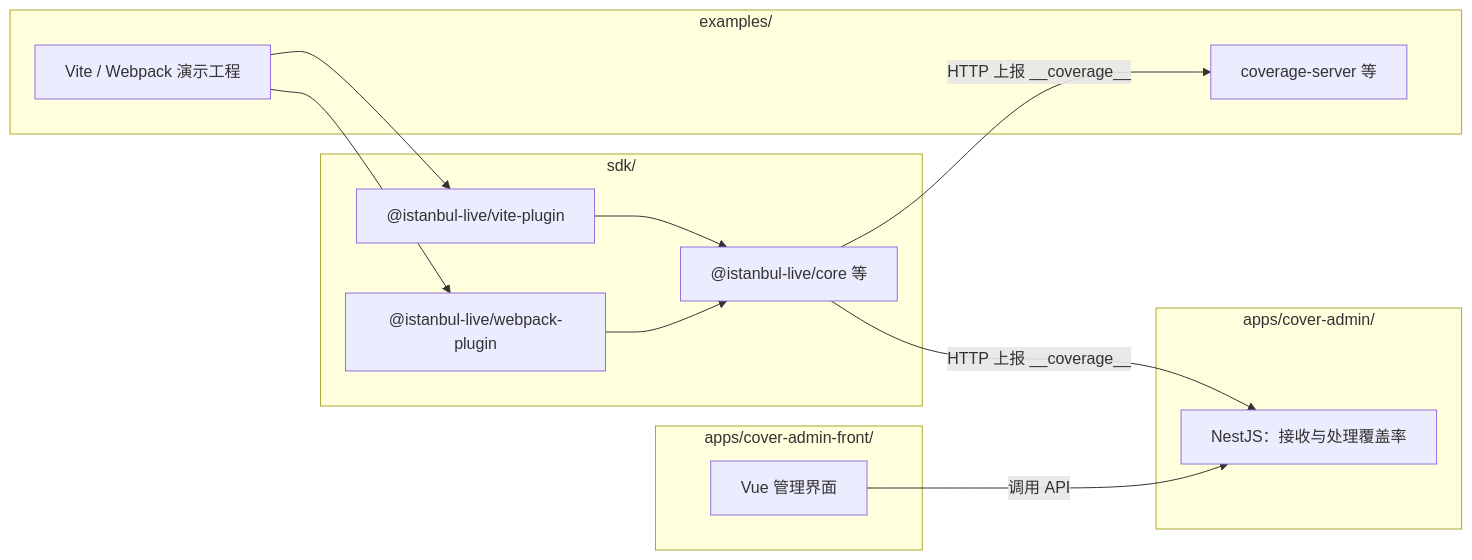
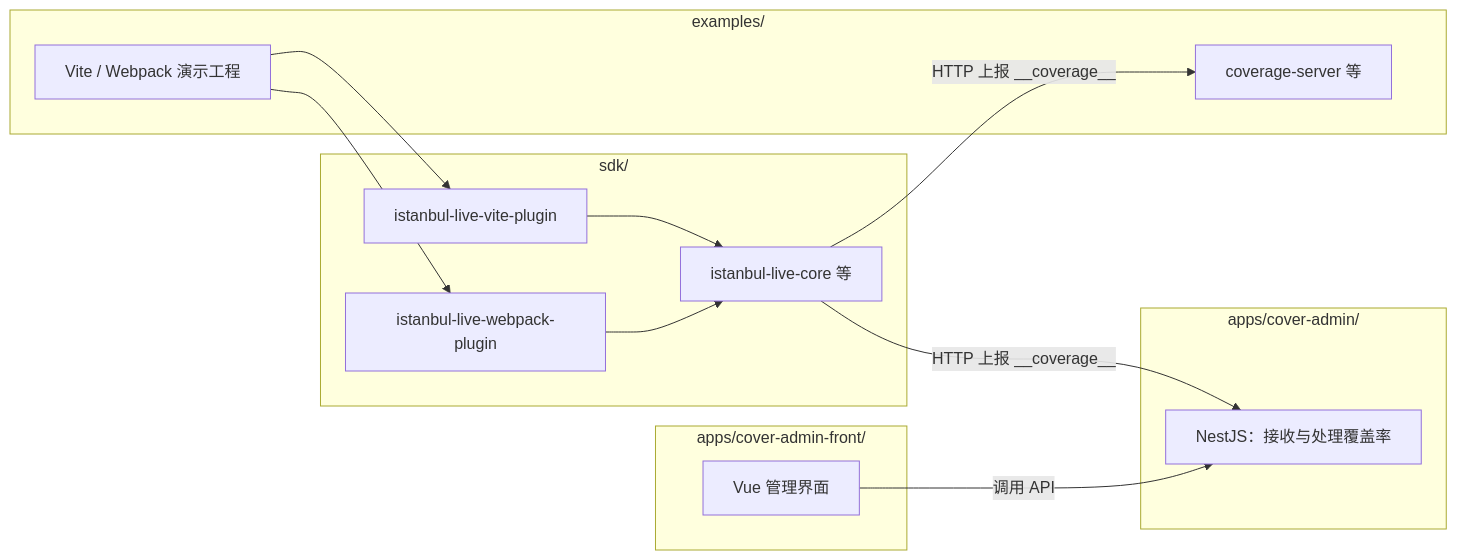
Before and after one commit to yangyusheng2018/cover-code: the diagram in docs/模块关系说明.md, drawn with Mermaid. The commit also changed other lines of this file and 19 other files, not shown here.

````diff
--- a/docs/模块关系说明.md
+++ b/docs/模块关系说明.md
@@ -7,29 +7,29 @@
 ```mermaid
 flowchart LR
   subgraph sdk["sdk/"]
-    VP["@istanbul-live/vite-plugin"]
-    WP["@istanbul-live/webpack-plugin"]
-    CORE["@istanbul-live/core 等"]
+    VP["istanbul-live-vite-plugin"]
+    WP["istanbul-live-webpack-plugin"]
+    CORE["istanbul-live-core 等"]
   end
 
   subgraph examples["examples/"]
     DEMOS["Vite / Webpack 演示工程"]
     CS["coverage-server 等"]
   end
 
   subgraph admin["apps/cover-admin/"]
     API["NestJS：接收与处理覆盖率"]
   end
 
   subgraph front["apps/cover-admin-front/"]
     UI["Vue 管理界面"]
   end
 
   DEMOS --> VP
   DEMOS --> WP
   VP --> CORE
   WP --> CORE
   CORE -->|"HTTP 上报 __coverage__"| CS
   CORE -->|"HTTP 上报 __coverage__"| API
   UI -->|"调用 API"| API
 ```
````
